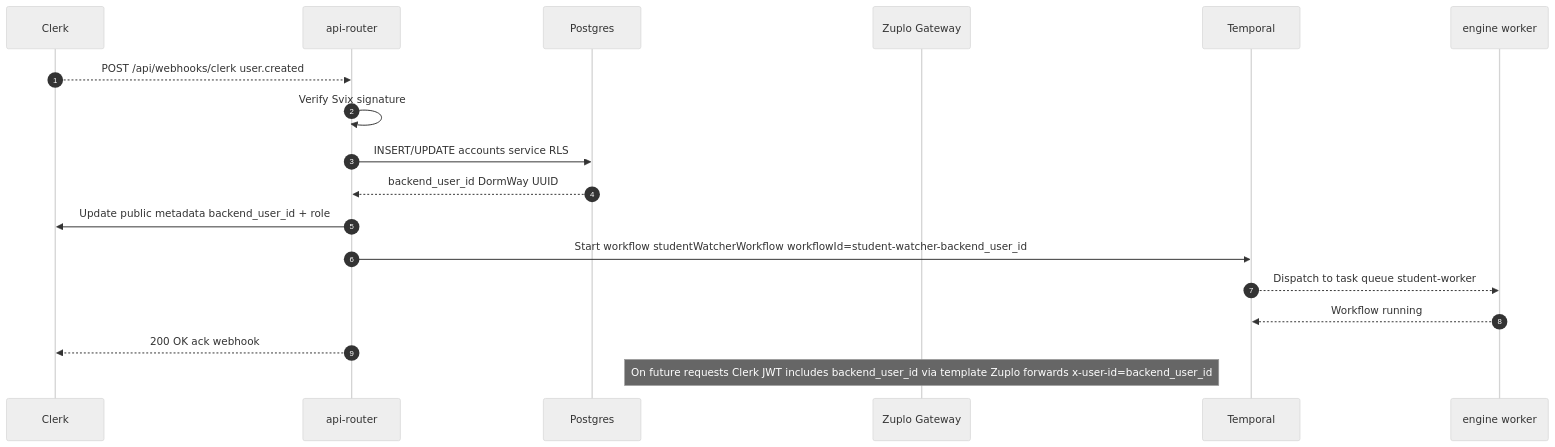
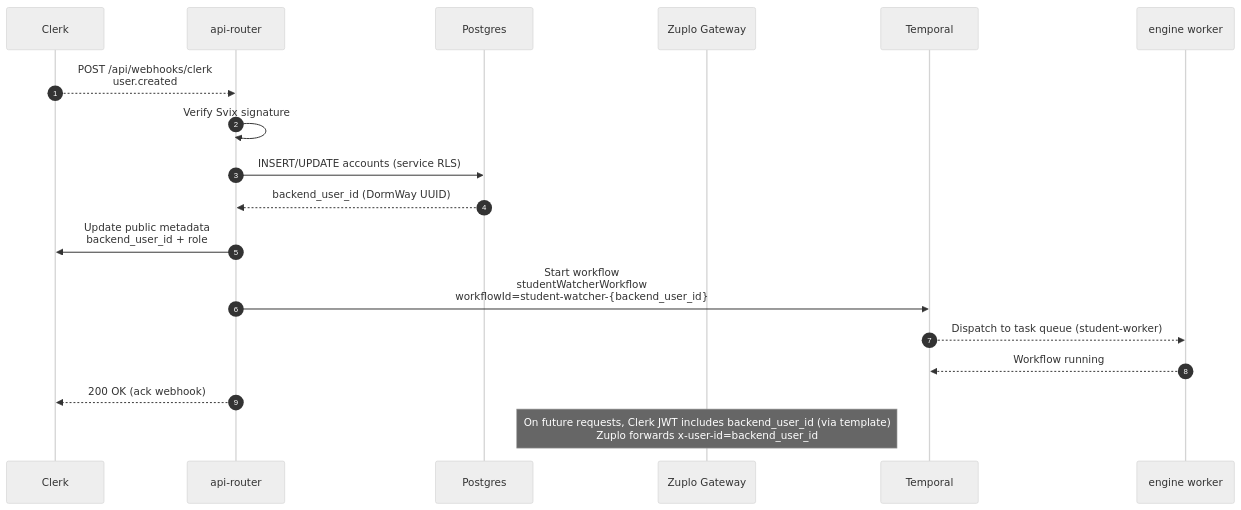
Before and after one commit to DormWay/mintlify-docs: the fourth of 23 diagrams in docs/engineering/architecture/how-dormway-works.mdx, drawn with Mermaid (neutral theme). The commit also changed other lines of this file and 26 other files, not shown here.

````diff
--- a/docs/engineering/architecture/how-dormway-works.mdx
+++ b/docs/engineering/architecture/how-dormway-works.mdx
@@ -299,21 +299,21 @@
 ```mermaid
 sequenceDiagram
   autonumber
   participant Clerk as Clerk
   participant API as api-router
   participant DB as Postgres
   participant Zuplo as Zuplo Gateway
   participant Temporal as Temporal
   participant Engine as engine worker
 
-  Clerk-->>API: POST /api/webhooks/clerk user.created
+  Clerk-->>API: POST /api/webhooks/clerk<br/>user.created
   API->>API: Verify Svix signature
-  API->>DB: INSERT/UPDATE accounts service RLS
-  DB-->>API: backend_user_id DormWay UUID
-  API->>Clerk: Update public metadata backend_user_id + role
-  API->>Temporal: Start workflow studentWatcherWorkflow workflowId=student-watcher-backend_user_id
-  Temporal-->>Engine: Dispatch to task queue student-worker
+  API->>DB: INSERT/UPDATE accounts (service RLS)
+  DB-->>API: backend_user_id (DormWay UUID)
+  API->>Clerk: Update public metadata<br/>backend_user_id + role
+  API->>Temporal: Start workflow<br/>studentWatcherWorkflow<br/>workflowId=student-watcher-{backend_user_id}
+  Temporal-->>Engine: Dispatch to task queue (student-worker)
   Engine-->>Temporal: Workflow running
-  API-->>Clerk: 200 OK ack webhook
-  Note over Zuplo: On future requests Clerk JWT includes backend_user_id via template Zuplo forwards x-user-id=backend_user_id
+  API-->>Clerk: 200 OK (ack webhook)
+  Note over Zuplo: On future requests, Clerk JWT includes backend_user_id (via template)<br/>Zuplo forwards x-user-id=backend_user_id
 ```
````
